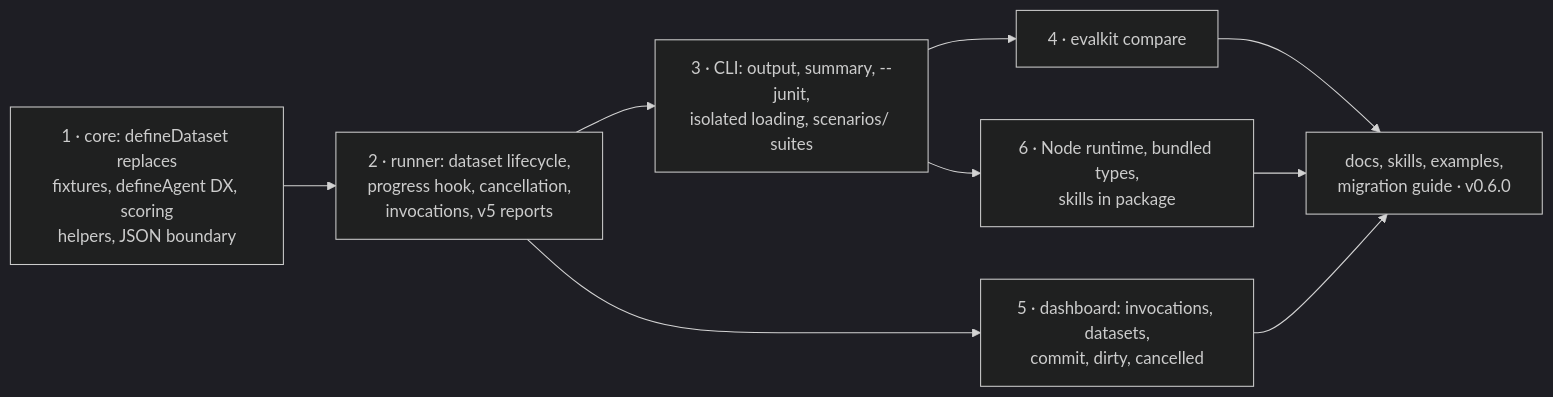
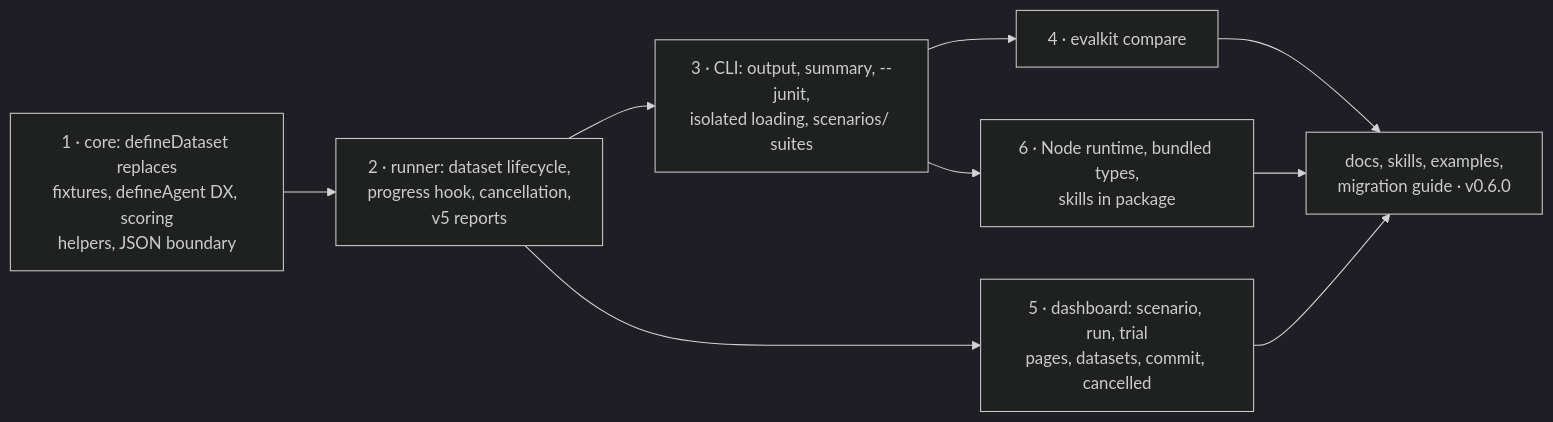
The fourth of 4 diagrams in docs/rfds/RFD0007-scenarios-datasets-and-ci-reporting.md (leostera/evalkit), drawn with Mermaid (dark theme) before and after one commit. The commit also changed other lines of this file and 18 other files, not shown here.

````diff
--- a/docs/rfds/RFD0007-scenarios-datasets-and-ci-reporting.md
+++ b/docs/rfds/RFD0007-scenarios-datasets-and-ci-reporting.md
@@ -495,11 +495,11 @@
 ```mermaid
 flowchart LR
-  p1["1 · core: defineDataset replaces<br/>fixtures, defineAgent DX, scoring<br/>helpers, JSON boundary"] --> p2["2 · runner: dataset lifecycle,<br/>progress hook, cancellation,<br/>invocations, v5 reports"]
+  p1["1 · core: defineDataset replaces<br/>fixtures, defineAgent DX, scoring<br/>helpers, JSON boundary"] --> p2["2 · runner: dataset lifecycle,<br/>progress hook, cancellation,<br/>v5 reports"]
   p2 --> p3["3 · CLI: output, summary, --junit,<br/>isolated loading, scenarios/ suites"]
   p3 --> p4["4 · evalkit compare"]
-  p2 --> p5["5 · dashboard: invocations, datasets,<br/>commit, dirty, cancelled"]
+  p2 --> p5["5 · dashboard: scenario, run, trial<br/>pages, datasets, commit, cancelled"]
   p3 --> p6["6 · Node runtime, bundled types,<br/>skills in package"]
   p4 --> rel["docs, skills, examples,<br/>migration guide · v0.6.0"]
   p5 --> rel
   p6 --> rel
 ```
````
